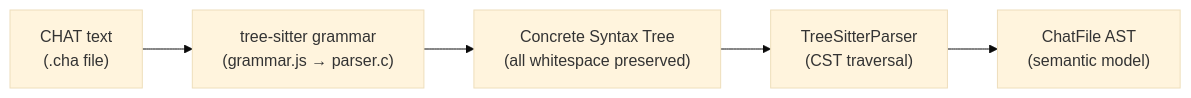
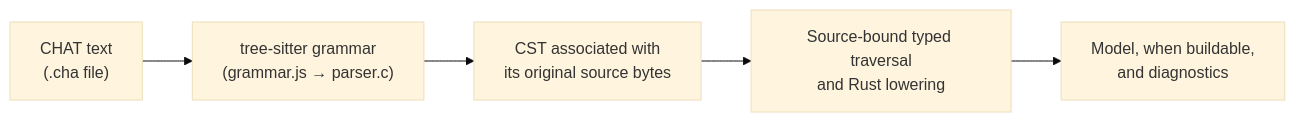
Before and after one commit to TalkBank/chatter: the first of 2 diagrams in book/src/architecture/parsing.md, drawn with Mermaid (base theme). The commit also changed other lines of this file and 950 other files, not shown here.

````diff
--- a/book/src/architecture/parsing.md
+++ b/book/src/architecture/parsing.md
@@ -440,10 +469,10 @@
 ```mermaid
 flowchart LR
     chat["CHAT text\n(.cha file)"]
     grammar["tree-sitter grammar\n(grammar.js → parser.c)"]
-    cst["Concrete Syntax Tree\n(all whitespace preserved)"]
-    walker["TreeSitterParser\n(CST traversal)"]
-    ast["ChatFile AST\n(semantic model)"]
+    cst["CST associated with\nits original source bytes"]
+    walker["Source-bound typed traversal\nand Rust lowering"]
+    ast["Model, when buildable,\nand diagnostics"]
 
     chat --> grammar --> cst --> walker --> ast
 ```
````
